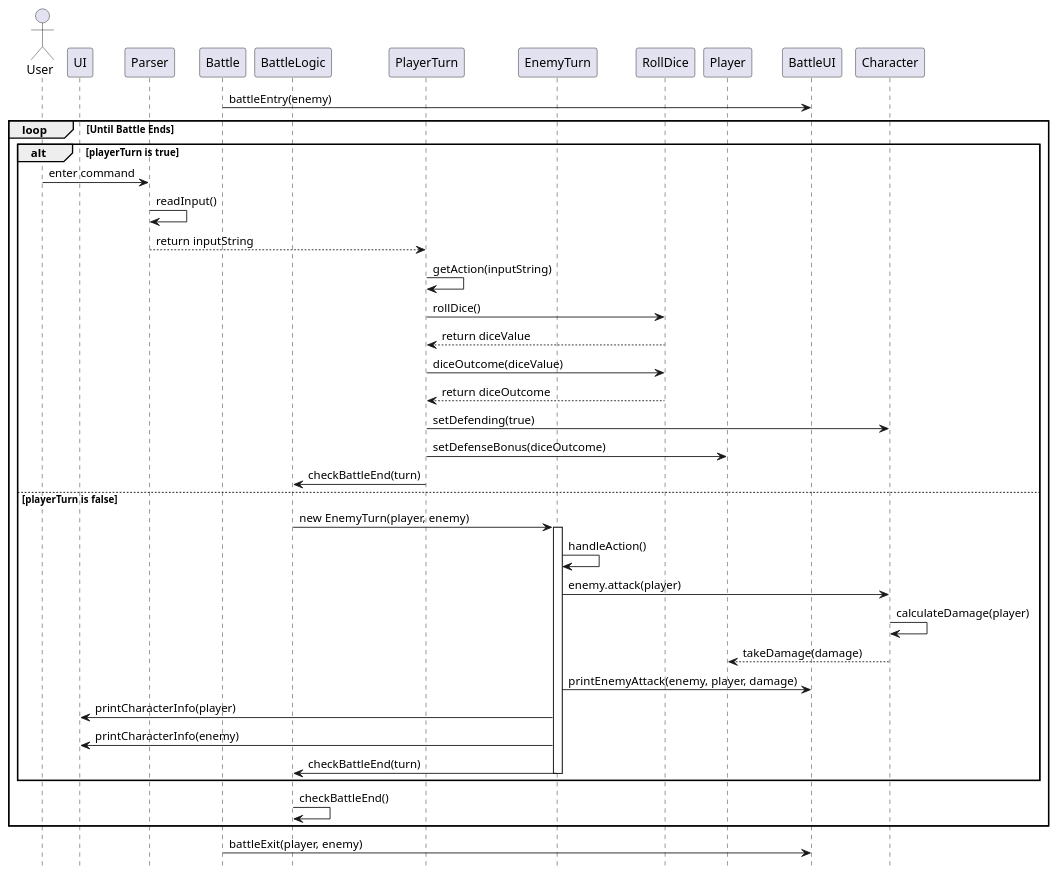
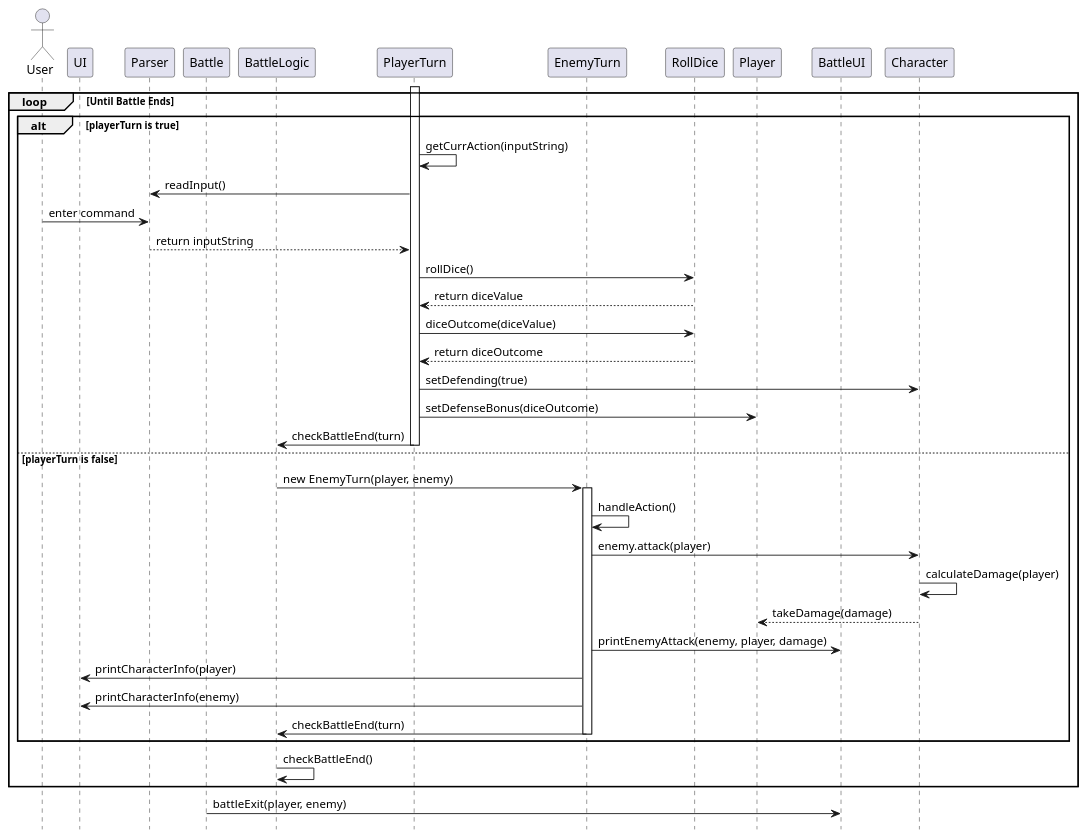
One commit to zavsky/tp changed the diagram in docs/diagrams/defendSequence.puml. Above: the diagram before and after it, drawn with PlantUML. The commit also changed 7 other files, not shown here.

First line of the commit message:
update dg and diagram according to member's comment

```diff
--- a/docs/diagrams/defendSequence.puml
+++ b/docs/diagrams/defendSequence.puml
@@ -1,60 +1,58 @@
 @startuml
 hide footbox
 
 actor User
 participant "UI" as UI
 participant "Parser" as Parser
 participant "Battle" as Battle
 participant "BattleLogic" as BattleLogic
 participant "PlayerTurn" as PlayerTurn
 participant "EnemyTurn" as EnemyTurn
 participant "RollDice" as RollDice
 participant "Player" as Player
 participant "BattleUI" as BattleUI
 participant "Character" as Character
 
 
-Battle -> BattleUI: battleEntry(enemy)
-
-
 loop Until Battle Ends
 
 
     alt playerTurn is true
+        activate PlayerTurn
+        PlayerTurn -> PlayerTurn: getCurrAction(inputString)
+        PlayerTurn -> Parser: readInput()
         User -> Parser: enter command
-        Parser -> Parser: readInput()
         Parser --> PlayerTurn: return inputString
-        PlayerTurn -> PlayerTurn: getAction(inputString)
 
         PlayerTurn -> RollDice: rollDice()
         RollDice --> PlayerTurn: return diceValue
         PlayerTurn -> RollDice: diceOutcome(diceValue)
         RollDice --> PlayerTurn: return diceOutcome
 
         PlayerTurn -> Character: setDefending(true)
         PlayerTurn -> Player: setDefenseBonus(diceOutcome)
         PlayerTurn -> BattleLogic: checkBattleEnd(turn)
         deactivate PlayerTurn
 
     else playerTurn is false
         BattleLogic -> EnemyTurn: new EnemyTurn(player, enemy)
         activate EnemyTurn
         EnemyTurn -> EnemyTurn: handleAction()
         EnemyTurn -> Character: enemy.attack(player)
         Character -> Character: calculateDamage(player)
         Character --> Player: takeDamage(damage)
         EnemyTurn -> BattleUI: printEnemyAttack(enemy, player, damage)
 
         EnemyTurn -> UI: printCharacterInfo(player)
         EnemyTurn -> UI: printCharacterInfo(enemy)
         EnemyTurn -> BattleLogic: checkBattleEnd(turn)
         deactivate EnemyTurn
     end
 
     BattleLogic -> BattleLogic: checkBattleEnd()
 end
 deactivate BattleLogic
 
 Battle -> BattleUI: battleExit(player, enemy)
 
 @enduml
```
